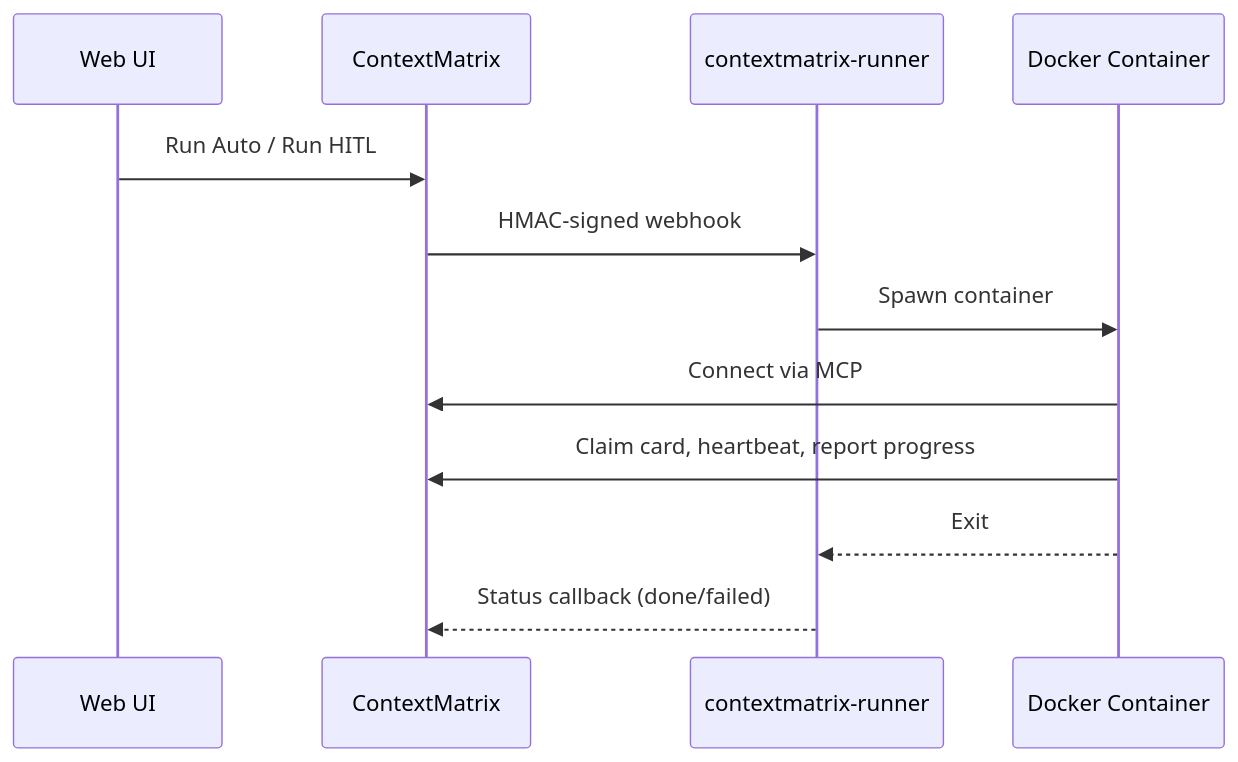
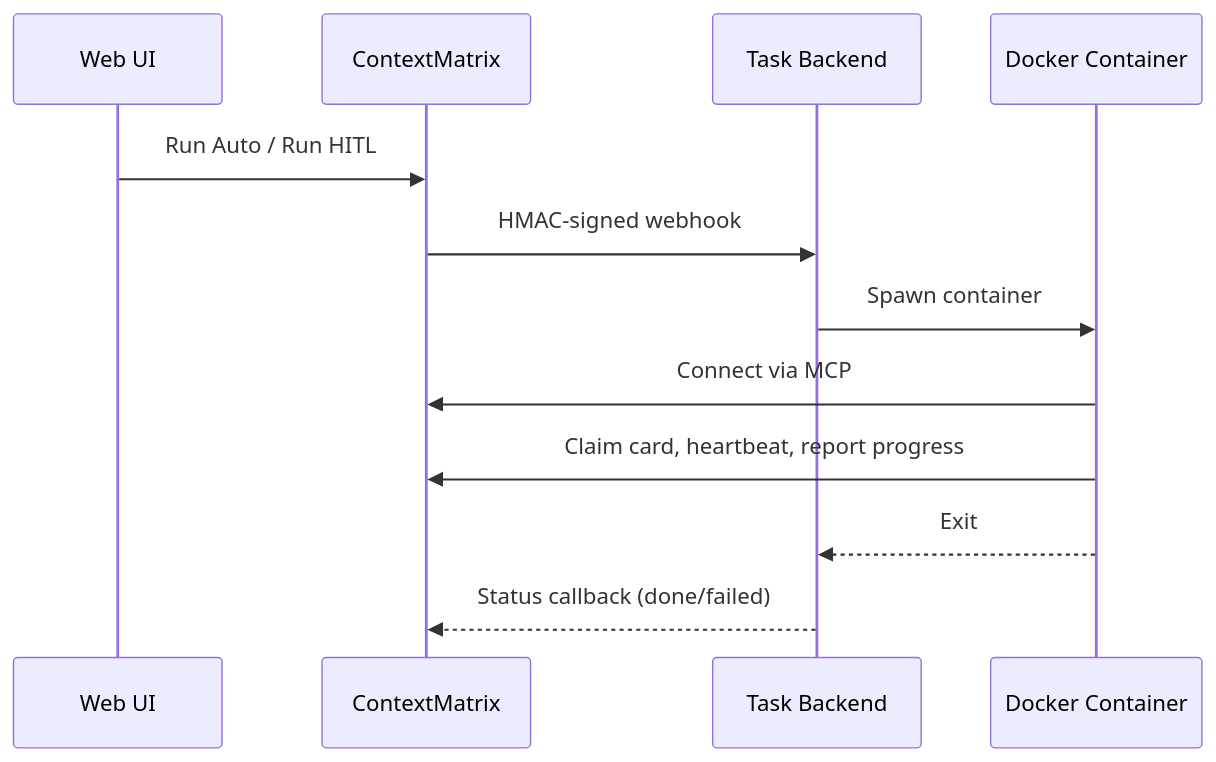
The diagram in README.md (mhersson/contextmatrix), drawn with Mermaid before and after one commit. The commit also changed other lines of this file, not shown here.

First line of the commit message:
docs(readme): add ecosystem overview and rebalance backend story

````diff
--- a/README.md
+++ b/README.md
@@ -435,15 +428,15 @@
 ```mermaid
 sequenceDiagram
     participant UI as Web UI
     participant CM as ContextMatrix
-    participant R as contextmatrix-runner
+    participant B as Task Backend
     participant D as Docker Container
 
     UI->>CM: Run Auto / Run HITL
-    CM->>R: HMAC-signed webhook
-    R->>D: Spawn container
+    CM->>B: HMAC-signed webhook
+    B->>D: Spawn container
     D->>CM: Connect via MCP
     D->>CM: Claim card, heartbeat, report progress
-    D-->>R: Exit
-    R-->>CM: Status callback (done/failed)
+    D-->>B: Exit
+    B-->>CM: Status callback (done/failed)
 ```
````
